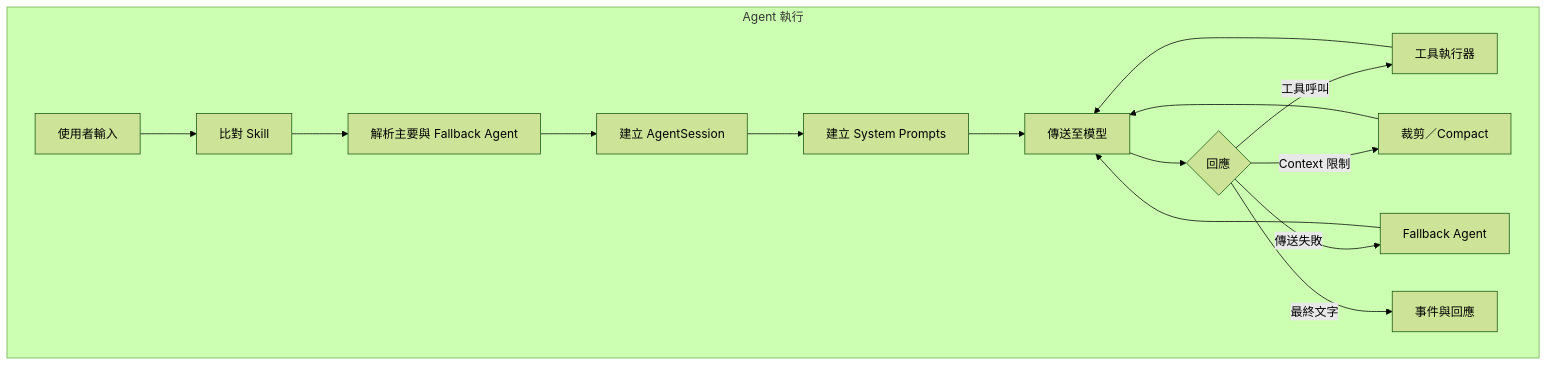
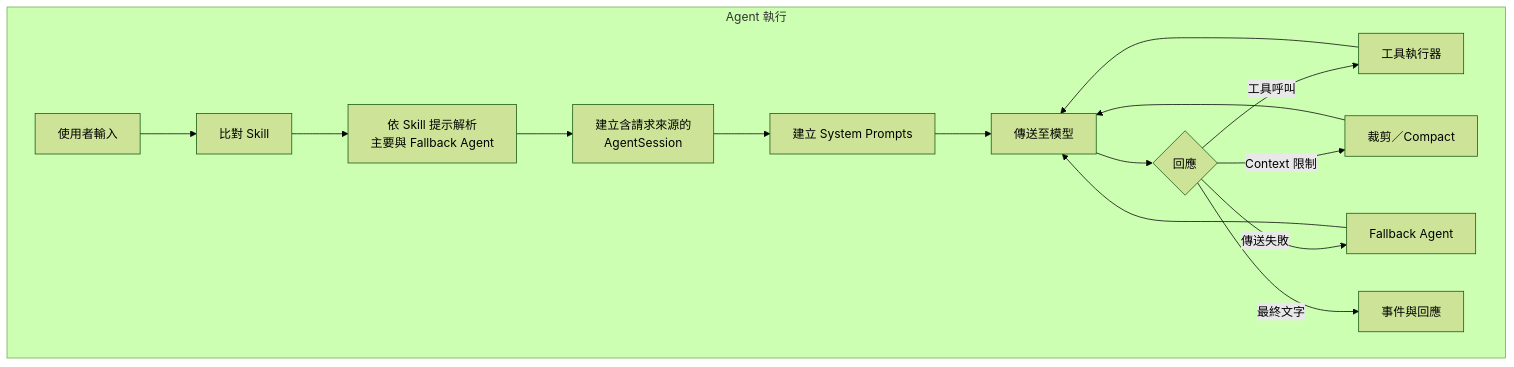
Before and after one commit to agenvoy/Agenvoy: the fifth of 12 diagrams in doc/architecture.zh.md, drawn with Mermaid (forest theme). The commit also changed other lines of this file and 7 other files, not shown here.

````diff
--- a/doc/architecture.zh.md
+++ b/doc/architecture.zh.md
@@ -94,18 +94,18 @@
 ```mermaid
 graph TB
     subgraph Execution[Agent 執行]
         Input[使用者輸入] --> Match[比對 Skill]
-        Match --> Resolve[解析主要與 Fallback Agent]
-        Resolve --> Session[建立 AgentSession]
+        Match --> Resolve[依 Skill 提示解析<br/>主要與 Fallback Agent]
+        Resolve --> Session[建立含請求來源的<br/>AgentSession]
         Session --> Prompt[建立 System Prompts]
         Prompt --> Send[傳送至模型]
         Send --> Response{回應}
         Response -->|工具呼叫| ToolExec[工具執行器]
         ToolExec --> Send
         Response -->|Context 限制| Trim[裁剪／Compact]
         Trim --> Send
         Response -->|傳送失敗| Fallback[Fallback Agent]
         Fallback --> Send
         Response -->|最終文字| Output[事件與回應]
     end
 ```
````
